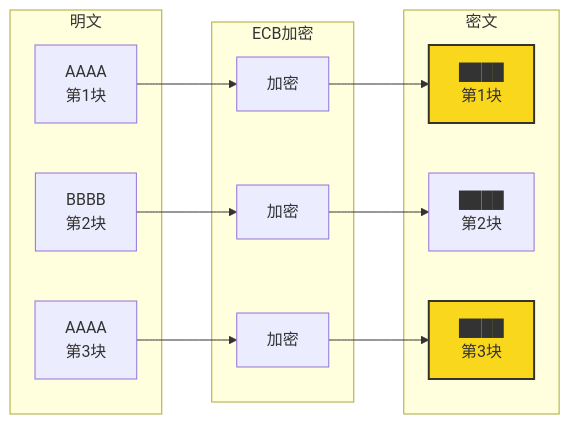
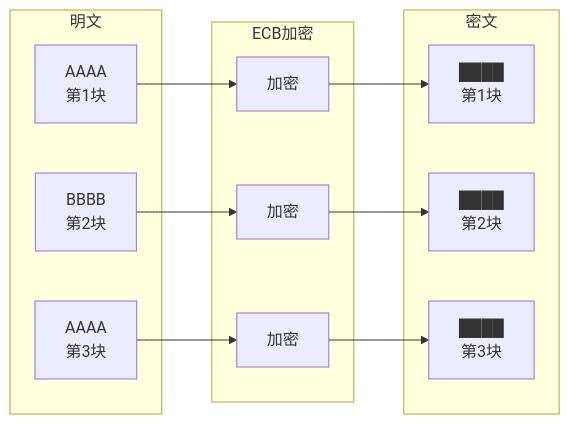
The first of 6 diagrams in docs/password-security.md (luohuidong/auth-tutorial), drawn with Mermaid before and after one commit. The commit also changed other lines of this file, not shown here.

First line of the commit message:
docs: 重构彩虹表章节，改进图示和结构

````diff
--- a/docs/password-security.md
+++ b/docs/password-security.md
@@ -69,27 +69,24 @@
 ```mermaid
 flowchart LR
     subgraph 明文
         P1["AAAA<br/>第1块"]
         P2["BBBB<br/>第2块"]
         P3["AAAA<br/>第3块"]
     end
 
     subgraph ECB加密
         E1["加密"]
         E2["加密"]
         E3["加密"]
     end
 
     subgraph 密文
         C1["████<br/>第1块"]
         C2["████<br/>第2块"]
         C3["████<br/>第3块"]
     end
 
     P1 --> E1 --> C1
     P2 --> E2 --> C2
     P3 --> E3 --> C3
-
-    style C1 fill:#f9d71c,stroke:#333,stroke-width:2px
-    style C3 fill:#f9d71c,stroke:#333,stroke-width:2px
 ```
````
